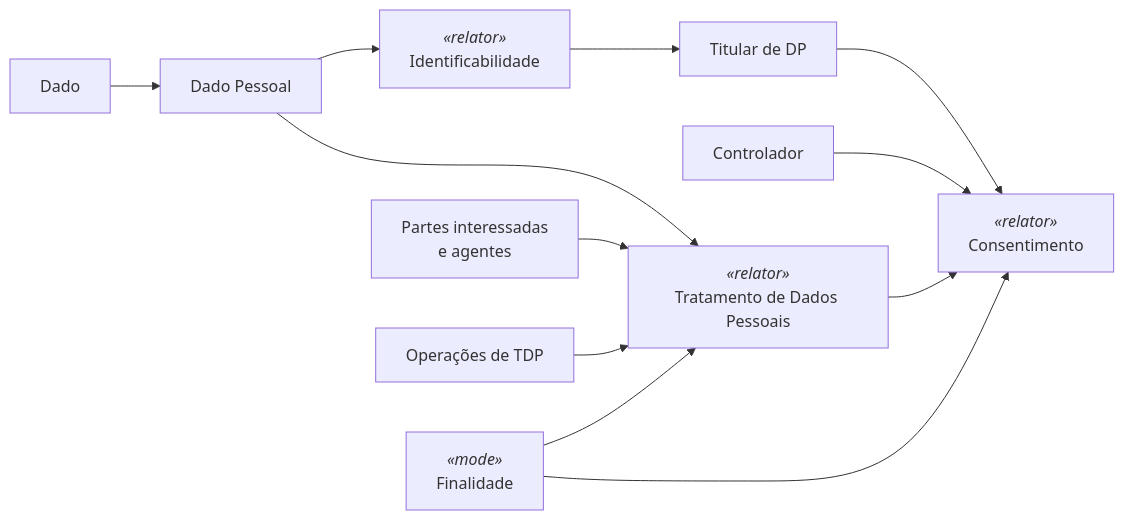
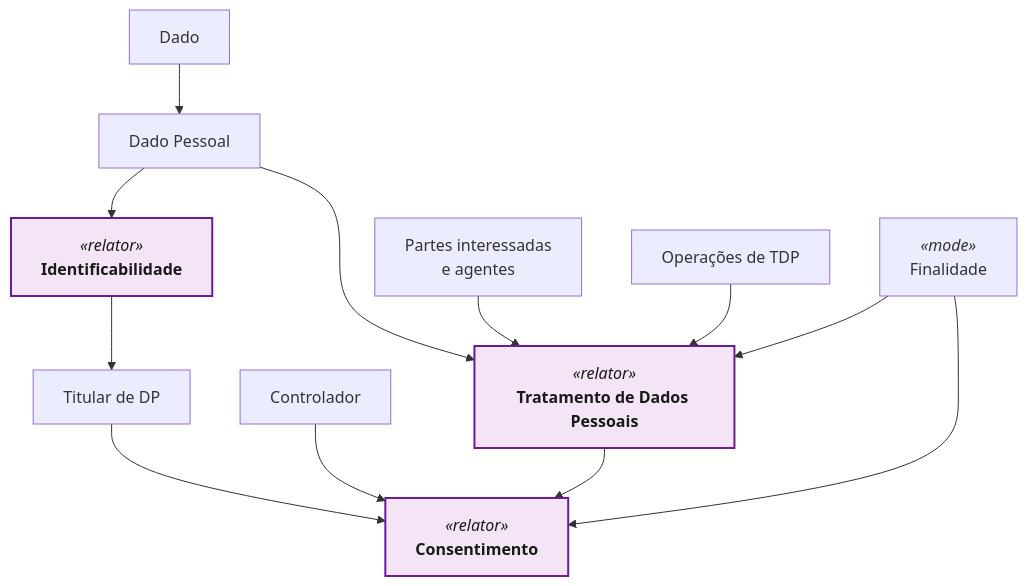
Before and after one commit to TNK443/Dissertacao: the first of 3 diagrams in ONTOPRIVACY/README.md, drawn with Mermaid. The commit also changed other lines of this file, not shown here.

````diff
--- a/ONTOPRIVACY/README.md
+++ b/ONTOPRIVACY/README.md
@@ -78,14 +80,17 @@
 ```mermaid
-flowchart LR
+flowchart
+    %% Laranja: Agentes (Pessoas/Organizações)
+    classDef relator fill:#F3E5F5,stroke:#6A1B9A,stroke-width:2px,color:#1A1A1A;
+
     D["Dado"] --> DP["Dado Pessoal"]
-    DP --> I["<i>«relator»</i>\nIdentificabilidade"]
+    DP --> I["<i>«relator»</i>\n<b>Identificabilidade<b>"]:::relator
     I --> T["Titular de DP"]
-    DP --> TDP["<i>«relator»</i>\nTratamento de Dados Pessoais"]
+    DP --> TDP["<i>«relator»</i>\n<b>Tratamento de Dados Pessoais<b>"]:::relator
     P["Partes interessadas\ne agentes"] --> TDP
     O["Operações de TDP"] --> TDP
     F["<i>«mode»</i>\nFinalidade"] --> TDP
-    T --> C["<i>«relator»</i>\nConsentimento"]
+    T --> C["<i>«relator»</i>\n<b>Consentimento<b>"]:::relator
     CTRL["Controlador"] --> C
     TDP --> C
     F --> C
 ```
````
